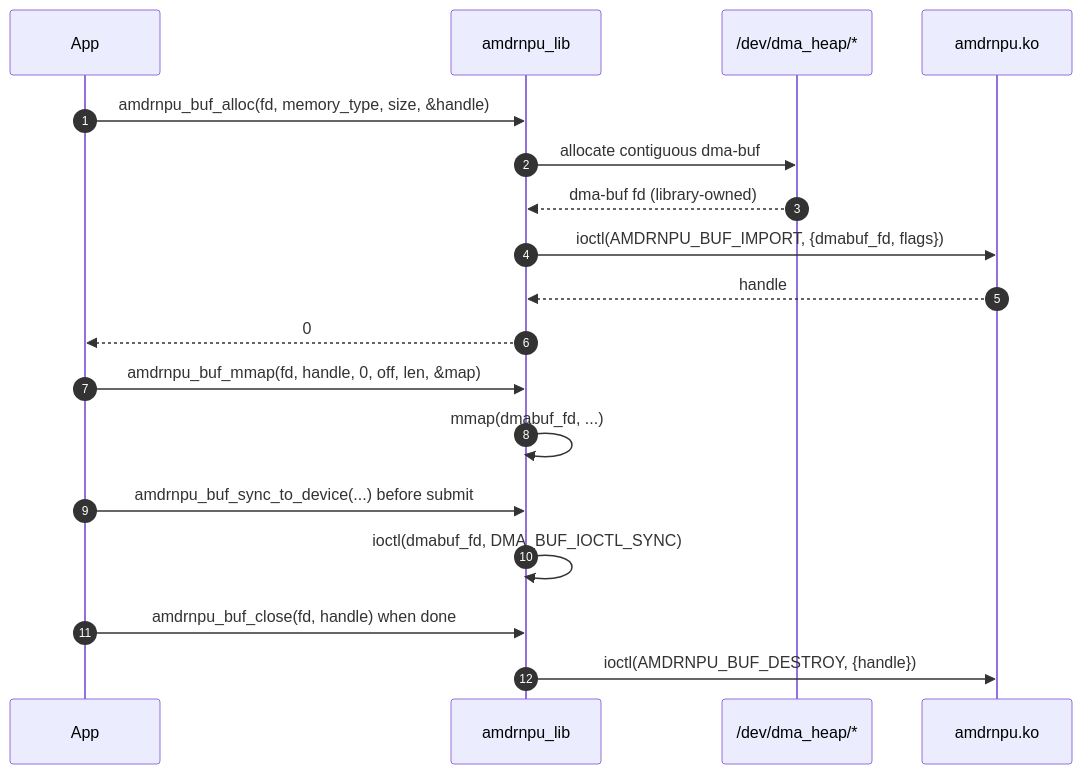
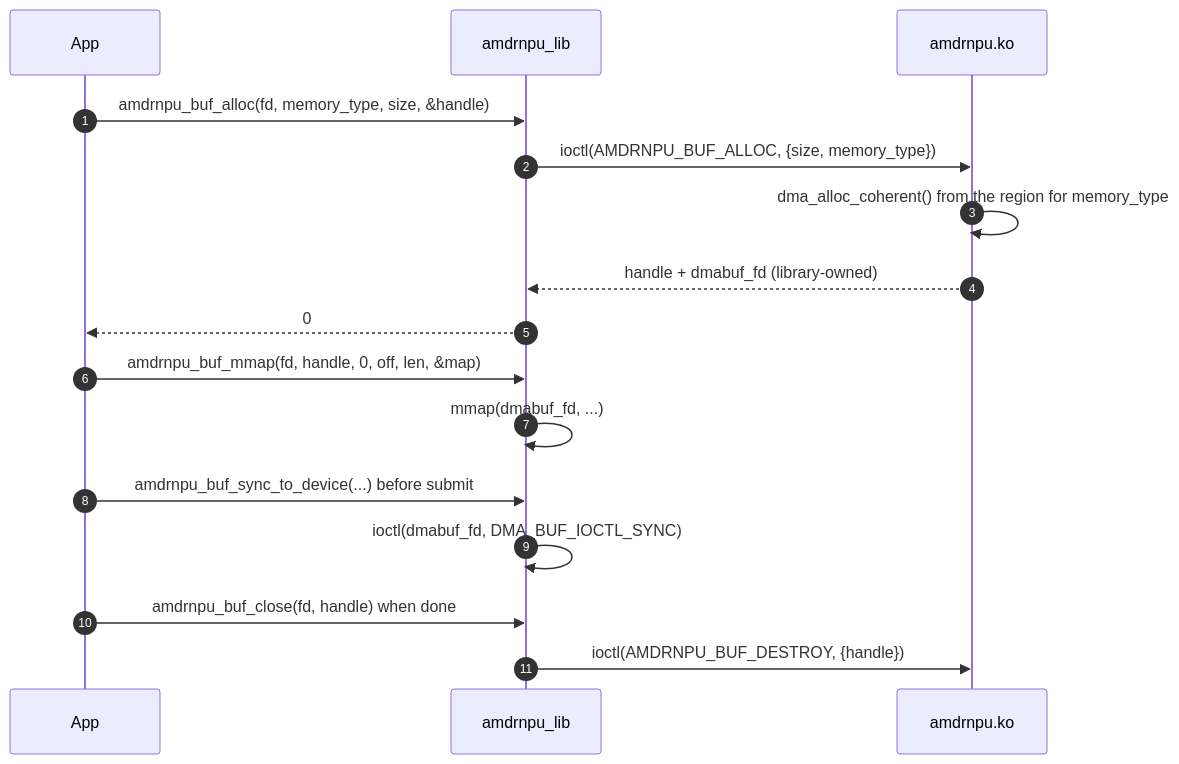
The first of 3 diagrams in docs/lib-userspace-flow.md (Xilinx/amdrnpu), drawn with Mermaid before and after one commit. The commit also changed other lines of this file and 7 other files, not shown here.

````diff
--- a/docs/lib-userspace-flow.md
+++ b/docs/lib-userspace-flow.md
@@ -55,22 +57,20 @@
 ```mermaid
 sequenceDiagram
     autonumber
     participant App
     participant Lib as amdrnpu_lib
-    participant HEAP as /dev/dma_heap/*
     participant K as amdrnpu.ko
 
     App->>Lib: amdrnpu_buf_alloc(fd, memory_type, size, &handle)
-    Lib->>HEAP: allocate contiguous dma-buf
-    HEAP-->>Lib: dma-buf fd (library-owned)
-    Lib->>K: ioctl(AMDRNPU_BUF_IMPORT, {dmabuf_fd, flags})
-    K-->>Lib: handle
+    Lib->>K: ioctl(AMDRNPU_BUF_ALLOC, {size, memory_type})
+    K->>K: dma_alloc_coherent() from the region for memory_type
+    K-->>Lib: handle + dmabuf_fd (library-owned)
     Lib-->>App: 0
 
     App->>Lib: amdrnpu_buf_mmap(fd, handle, 0, off, len, &map)
     Lib->>Lib: mmap(dmabuf_fd, ...)
     App->>Lib: amdrnpu_buf_sync_to_device(...) before submit
     Lib->>Lib: ioctl(dmabuf_fd, DMA_BUF_IOCTL_SYNC)
     App->>Lib: amdrnpu_buf_close(fd, handle) when done
     Lib->>K: ioctl(AMDRNPU_BUF_DESTROY, {handle})
 ```
````
